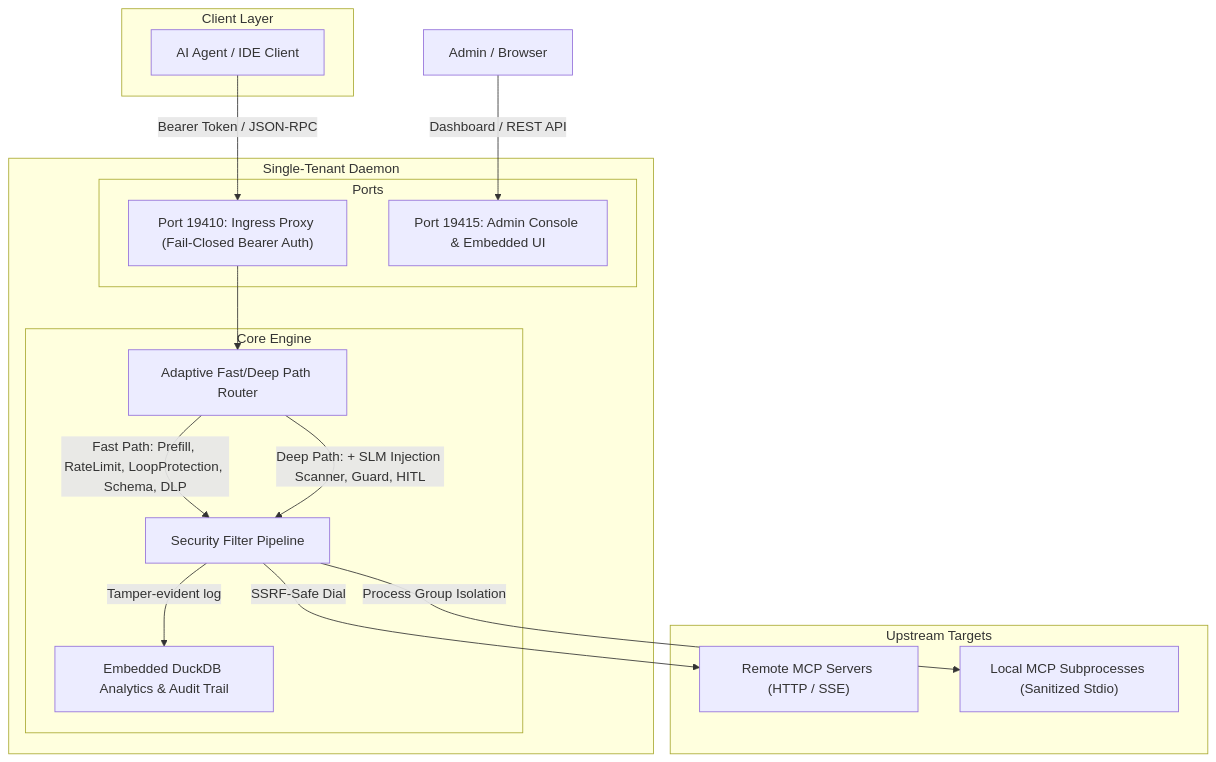
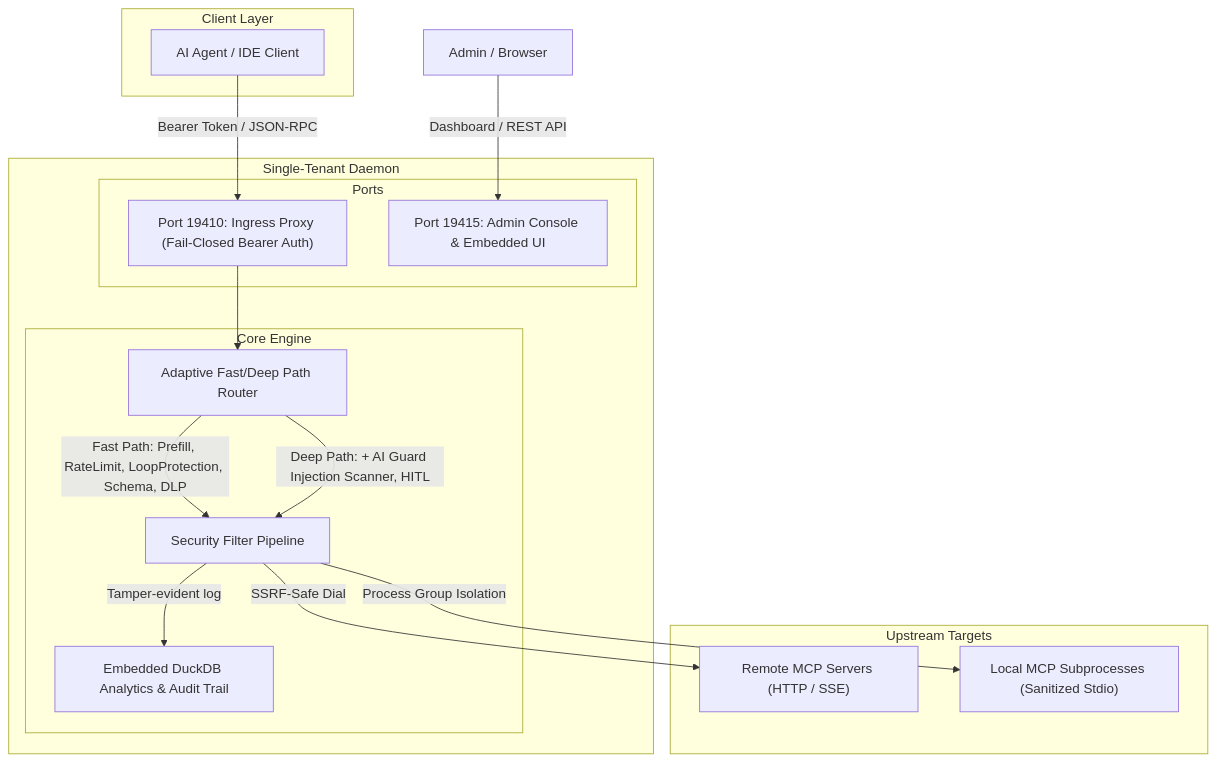
Before and after one commit to FaradAiLab/FaradAiWire: the diagram in README.md, drawn with Mermaid. The commit also changed other lines of this file and 72 other files, not shown here.

Commit message:
refactor: rename SLM references and endpoints to AI Guard across codebase and docs

````diff
--- a/README.md
+++ b/README.md
@@ -17,33 +17,33 @@
 ```mermaid
 graph TD
     subgraph Client Layer
         Agent[AI Agent / IDE Client]
     end
 
     subgraph FaradAiWire PEP [Single-Tenant Daemon]
         subgraph Ports
             P1["Port 19410: Ingress Proxy (Fail-Closed Bearer Auth)"]
             P2["Port 19415: Admin Console & Embedded UI"]
         end
 
         subgraph Core Engine
             Router[Adaptive Fast/Deep Path Router]
             Pipeline[Security Filter Pipeline]
             Telemetry[Embedded DuckDB Analytics & Audit Trail]
         end
     end
 
     subgraph Upstream Targets
         RemoteMCP["Remote MCP Servers (HTTP / SSE)"]
         StdioMCP["Local MCP Subprocesses (Sanitized Stdio)"]
     end
 
     Agent -->|Bearer Token / JSON-RPC| P1
     Operator[Admin / Browser] -->|Dashboard / REST API| P2
     P1 --> Router
     Router -->|Fast Path: Prefill, RateLimit, LoopProtection, Schema, DLP| Pipeline
-    Router -->|Deep Path: + SLM Injection Scanner, Guard, HITL| Pipeline
+    Router -->|Deep Path: + AI Guard Injection Scanner, HITL| Pipeline
     Pipeline -->|Tamper-evident log| Telemetry
     Pipeline -->|SSRF-Safe Dial| RemoteMCP
     Pipeline -->|Process Group Isolation| StdioMCP
 ```
````
